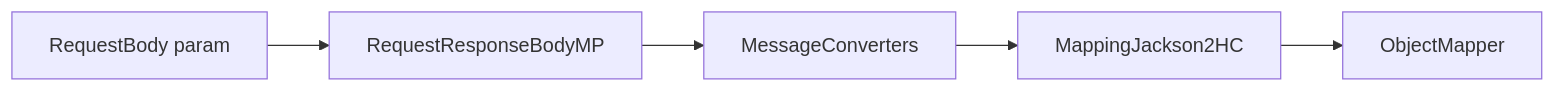
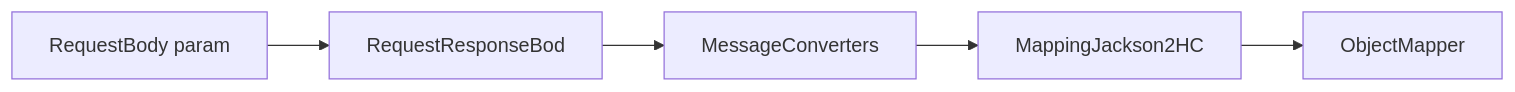
Before and after one commit to yjkim2015/yjkim2015.github.io: the fifth of 12 diagrams in _posts/spring/2026-05-02-spring-mvc-deep.md, drawn with Mermaid. The commit also changed other lines of this file and 245 other files, not shown here.

First line of the commit message:
Mermaid 다이어그램 전면 수정 + 면접 포인트 접기/펼치기 + DB 데드락 페이지

````diff
--- a/_posts/spring/2026-05-02-spring-mvc-deep.md
+++ b/_posts/spring/2026-05-02-spring-mvc-deep.md
@@ -477,7 +477,7 @@
 ```mermaid
 graph LR
-    A[RequestBody param] --> B[RequestResponseBodyMP]
+    A[RequestBody param] --> B[RequestResponseBod]
     B --> C[MessageConverters]
     C --> D[MappingJackson2HC]
     D --> E[ObjectMapper]
 ```
````
